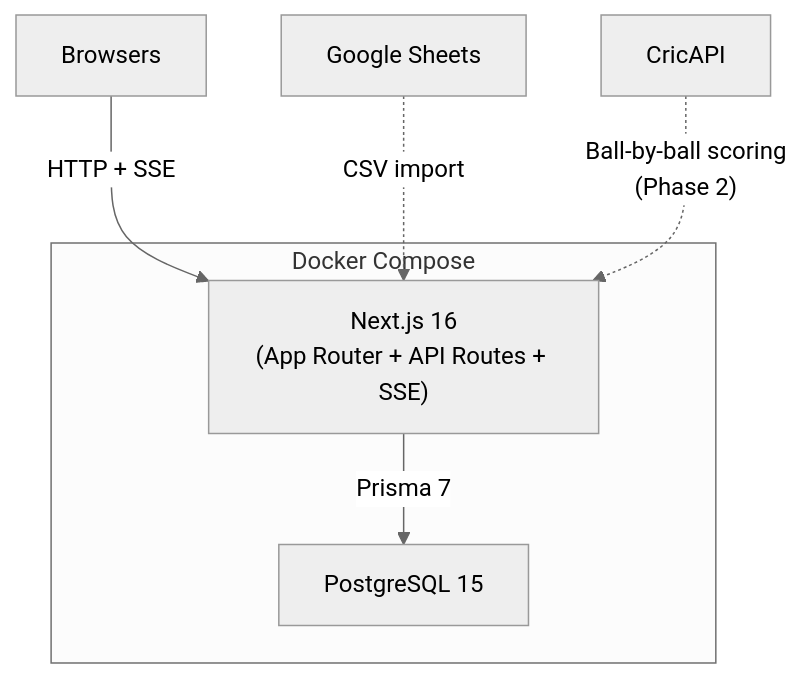
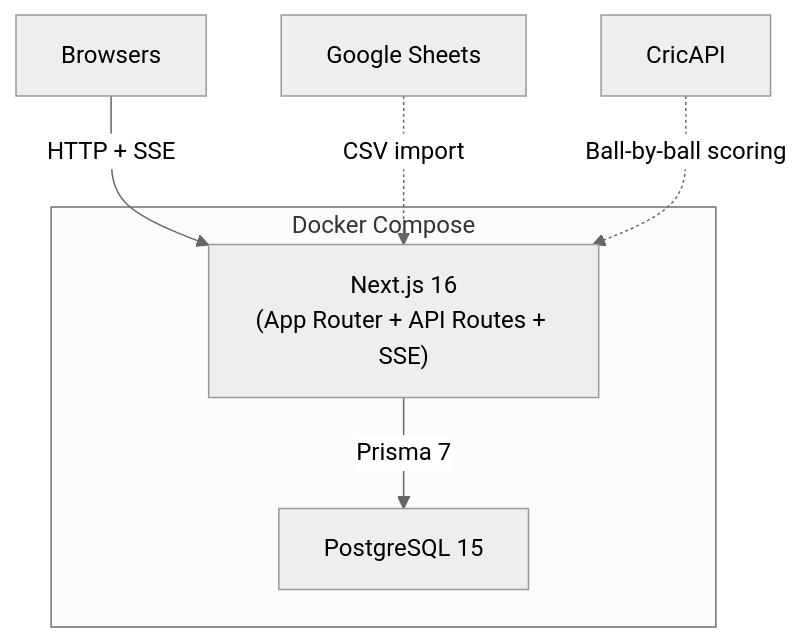
Before and after one commit to dhruvv/ipl-league: the diagram in README.md, drawn with Mermaid (neutral theme). The commit also changed other lines of this file and 58 other files, not shown here.

````diff
--- a/README.md
+++ b/README.md
@@ -9,12 +9,12 @@
 ```mermaid
 graph TB
     subgraph docker [Docker Compose]
         NextJS["Next.js 16<br/>(App Router + API Routes + SSE)"]
         Postgres["PostgreSQL 15"]
         NextJS -->|"Prisma 7"| Postgres
     end
 
     Browser["Browsers"] -->|"HTTP + SSE"| NextJS
     GoogleSheets["Google Sheets"] -.->|"CSV import"| NextJS
-    CricAPI["CricAPI"] -.->|"Ball-by-ball scoring<br/>(Phase 2)"| NextJS
+    CricAPI["CricAPI"] -.->|"Ball-by-ball scoring"| NextJS
 ```
````
